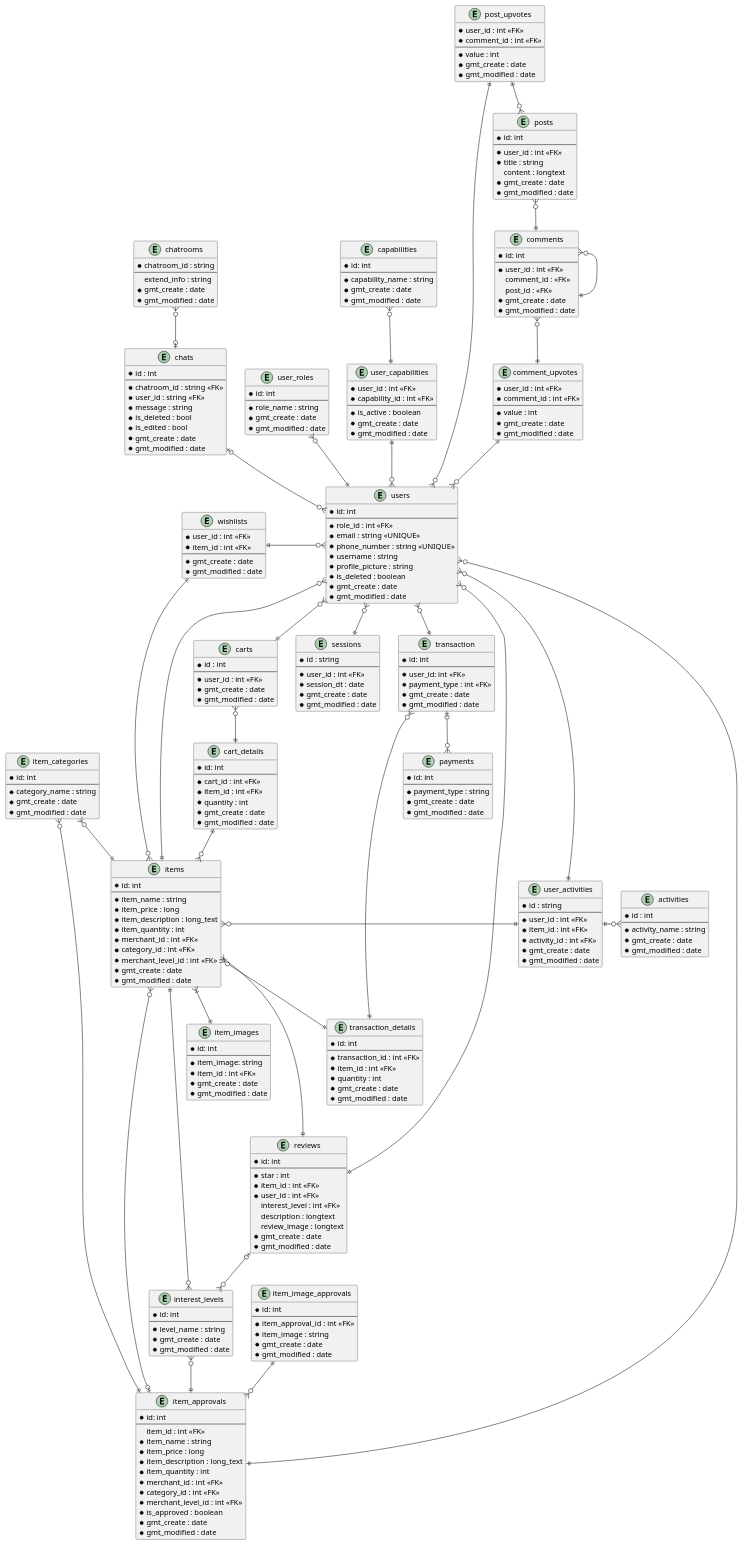
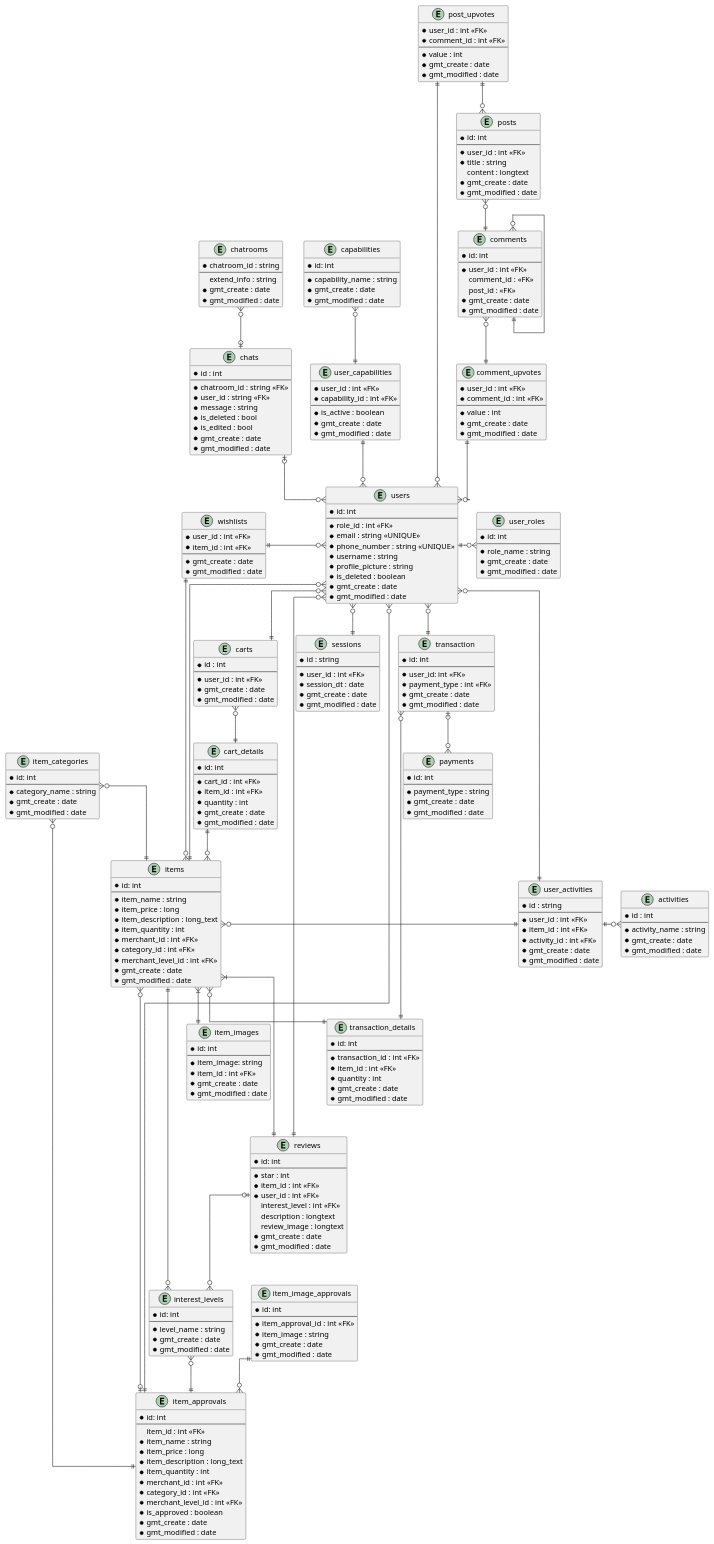
Before and after one commit to aldihsuhandi/skripsi-2023: the diagram in uml/ERD.pu, drawn with PlantUML. The commit also changed 1 other file, not shown here.

```diff
--- a/uml/ERD.pu
+++ b/uml/ERD.pu
@@ -1,4 +1,5 @@
 @startuml class diagram
+skinparam linetype ortho
 
 ' left to right direction
 
@@ -268,7 +269,8 @@
 interest_levels }o--|| items
 item_categories }o--|| items
 
-user_roles }o--|| users
+' user_roles }o--|| users
+users ||-o{ user_roles
 
 transaction |o--o{ payments
 users }o--|| transaction
```
